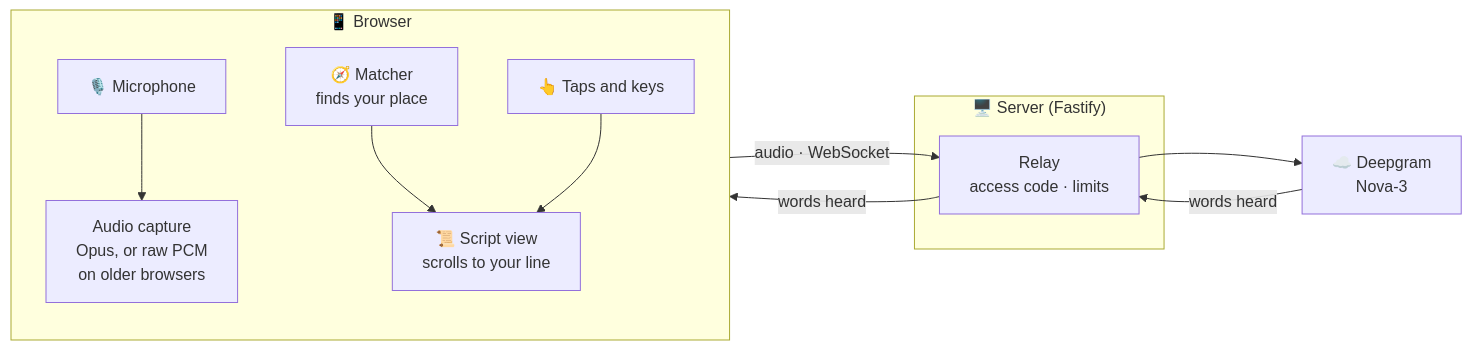
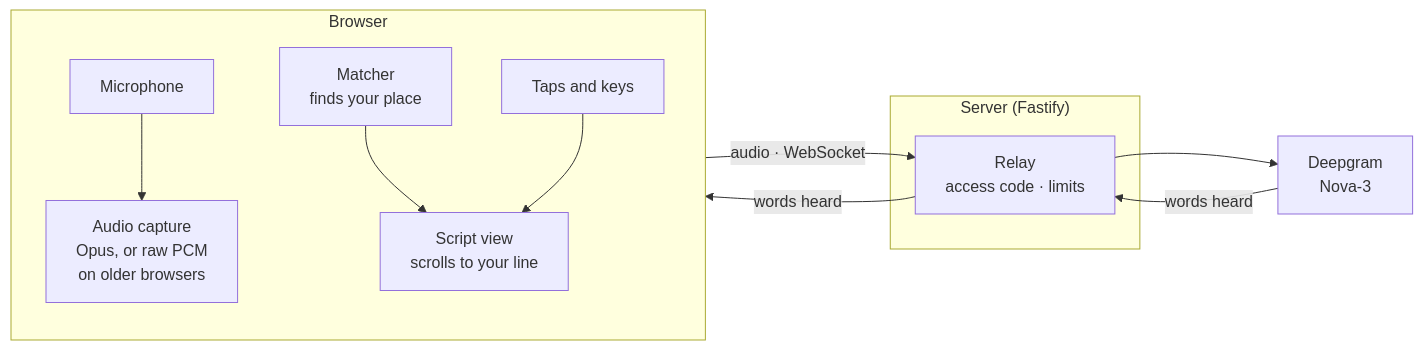
One commit to rimorin/tk_teleprompter changed the second of 4 diagrams in README.md. Above: the diagram before and after it, drawn with Mermaid. The commit also changed other lines of this file and 22 other files, not shown here.

````diff
--- a/README.md
+++ b/README.md
@@ -306,16 +286,16 @@
 ```mermaid
 flowchart LR
-    subgraph browser["📱 Browser"]
+    subgraph browser["Browser"]
         direction TB
-        mic["🎙️ Microphone"] --> enc["Audio capture<br/>Opus, or raw PCM<br/>on older browsers"]
-        match["🧭 Matcher<br/>finds your place"] --> view["📜 Script view<br/>scrolls to your line"]
-        taps["👆 Taps and keys"] --> view
+        mic["Microphone"] --> enc["Audio capture<br/>Opus, or raw PCM<br/>on older browsers"]
+        match["Matcher<br/>finds your place"] --> view["Script view<br/>scrolls to your line"]
+        taps["Taps and keys"] --> view
     end
-    subgraph backend["🖥️ Server (Fastify)"]
+    subgraph backend["Server (Fastify)"]
         relay["Relay<br/>access code · limits"]
     end
-    dg["☁️ Deepgram<br/>Nova-3"]
+    dg["Deepgram<br/>Nova-3"]
 
     enc -- "audio · WebSocket" --> relay --> dg
     dg -- "words heard" --> relay -- "words heard" --> match
 ```
````
